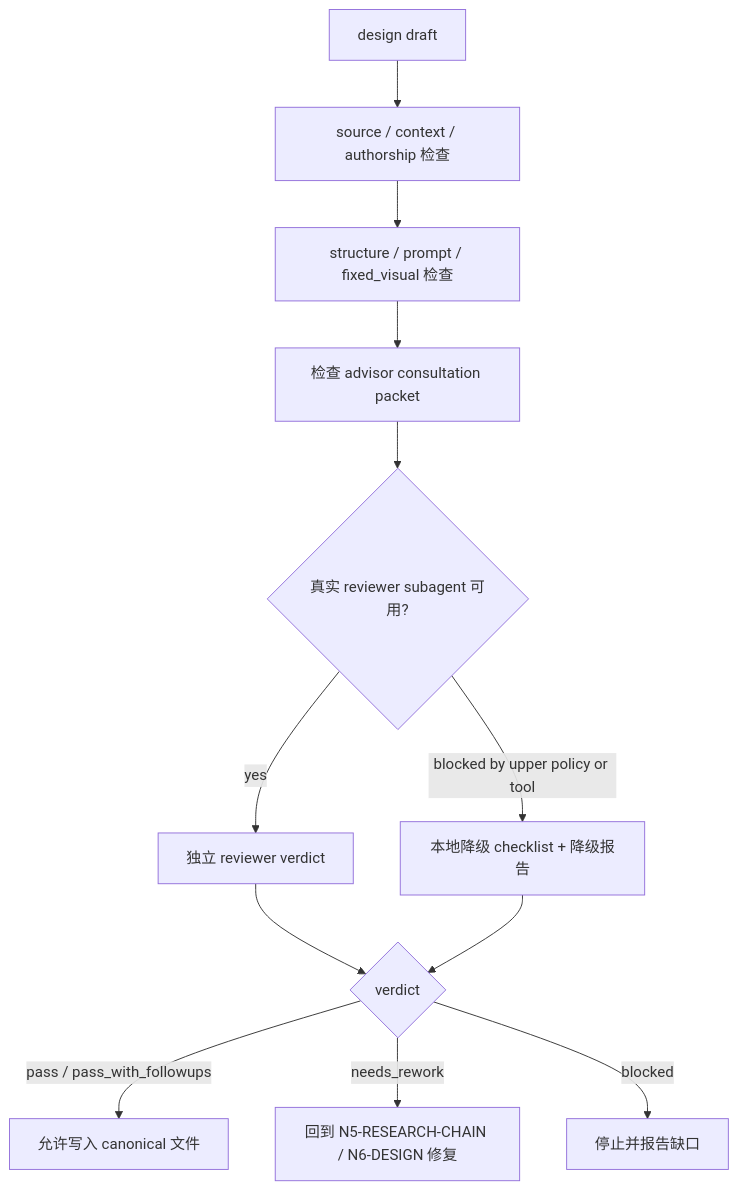
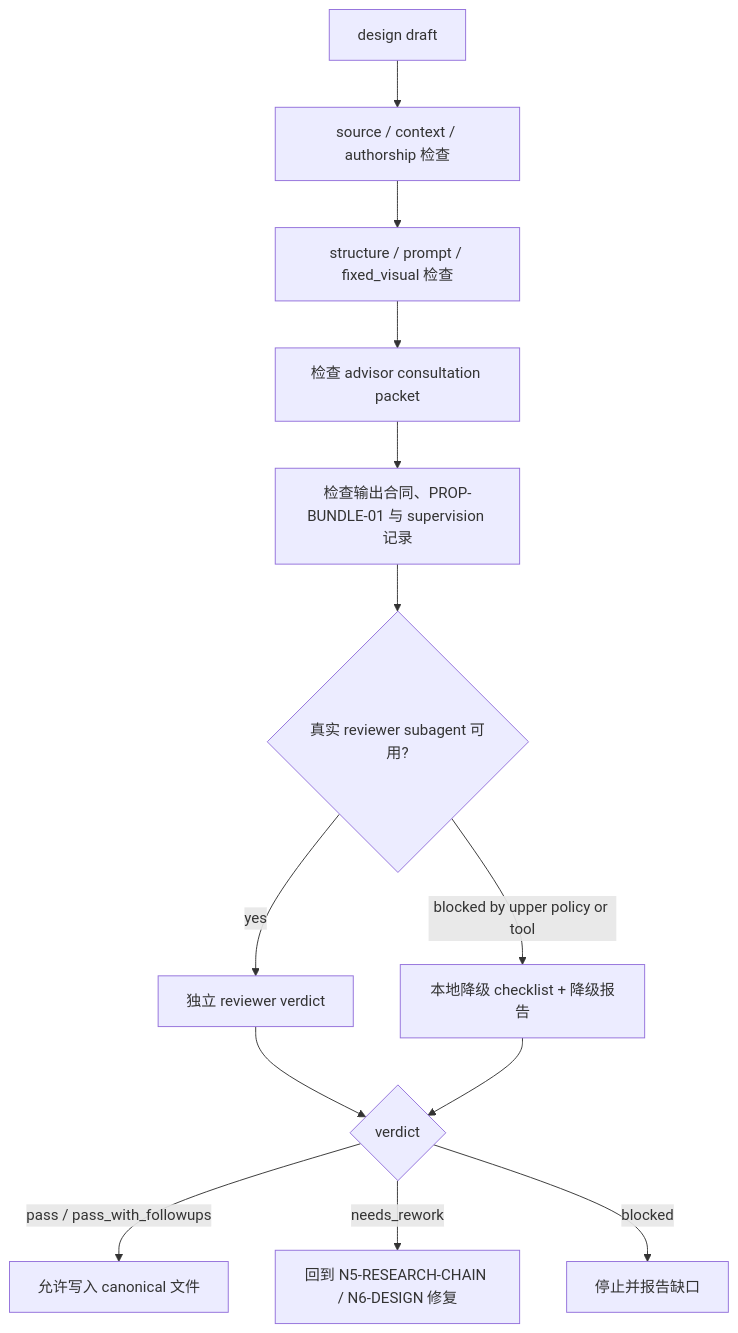
Before and after one commit to ZEN-VOID/AI-CUT: the diagram in .agents/skills/aigc/5-设计/道具/2-设计/review/review-contract.md, drawn with Mermaid. The commit also changed other lines of this file and 122 other files, not shown here.

````diff
--- a/.agents/skills/aigc/5-设计/道具/2-设计/review/review-contract.md
+++ b/.agents/skills/aigc/5-设计/道具/2-设计/review/review-contract.md
@@ -40,14 +44,15 @@
 ```mermaid
 flowchart TD
     A["design draft"] --> B["source / context / authorship 检查"]
     B --> C["structure / prompt / fixed_visual 检查"]
     C --> A1["检查 advisor consultation packet"]
-    A1 --> D{"真实 reviewer subagent 可用?"}
+    A1 --> A2["检查输出合同、PROP-BUNDLE-01 与 supervision 记录"]
+    A2 --> D{"真实 reviewer subagent 可用?"}
     D -->|"yes"| E["独立 reviewer verdict"]
     D -->|"blocked by upper policy or tool"| F["本地降级 checklist + 降级报告"]
     E --> G{"verdict"}
     F --> G
     G -->|"pass / pass_with_followups"| H["允许写入 canonical 文件"]
     G -->|"needs_rework"| I["回到 N5-RESEARCH-CHAIN / N6-DESIGN 修复"]
     G -->|"blocked"| J["停止并报告缺口"]
 ```
````
